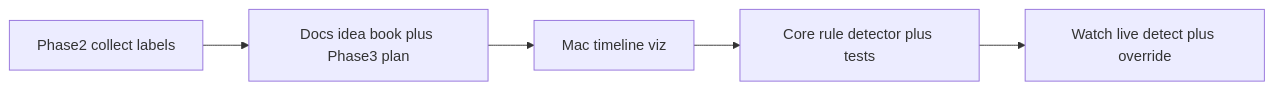
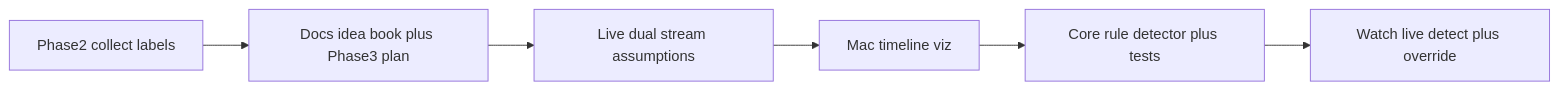
The diagram in Docs/Phase3.md (DCSBL/rppl), drawn with Mermaid before and after one commit. The commit also changed other lines of this file and 24 other files, not shown here.

````diff
--- a/Docs/Phase3.md
+++ b/Docs/Phase3.md
@@ -19,12 +52,14 @@
 ```mermaid
 flowchart LR
   collect[Phase2 collect labels]
+  dual[Live dual stream assumptions]
   docs[Docs idea book plus Phase3 plan]
   viz[Mac timeline viz]
   core[Core rule detector plus tests]
   live[Watch live detect plus override]
   collect --> docs
-  docs --> viz
+  docs --> dual
+  dual --> viz
   viz --> core
   core --> live
 ```
````
